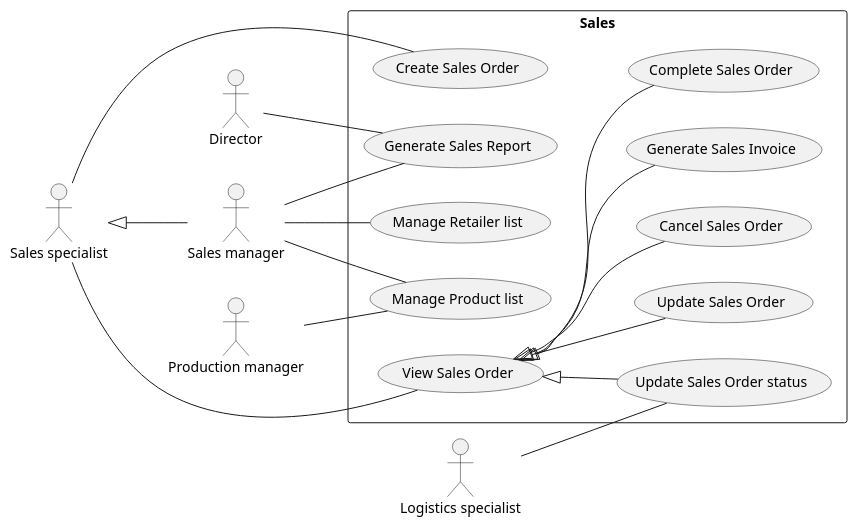
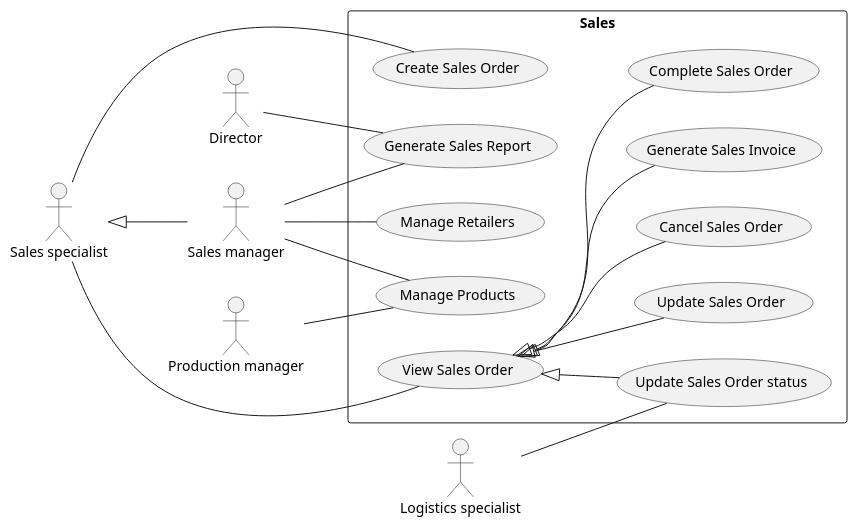
The diagram in use-cases/sales.plantuml (phihungha/scmss-reqs), drawn with PlantUML before and after one commit. The commit also changed 11 other files, not shown here.

```diff
--- a/use-cases/sales.plantuml
+++ b/use-cases/sales.plantuml
@@ -1,30 +1,30 @@
 @startuml Sales
 left to right direction
 
 :Director: as d
 
 :Production manager: as pm
 
 :Sales specialist: as s
 :Sales manager: as sm
 s <|-- sm
 
 :Logistics specialist: as ls
 
 rectangle Sales {
     s -- (Create Sales Order)
     s -- (View Sales Order)
     (View Sales Order) <|-- (Update Sales Order)
     (View Sales Order) <|-- (Update Sales Order status)
     (View Sales Order) <|-- (Cancel Sales Order)
     ls -- (Update Sales Order status)
     (View Sales Order) <|-- (Generate Sales Invoice)
     (View Sales Order) <|-- (Complete Sales Order)
 
     sm -- (Generate Sales Report)
     d -- (Generate Sales Report)
-    pm -- (Manage Product list)
-    sm -- (Manage Product list)
-    sm -- (Manage Retailer list)
+    pm -- (Manage Products)
+    sm -- (Manage Products)
+    sm -- (Manage Retailers)
 }
 @enduml
```
